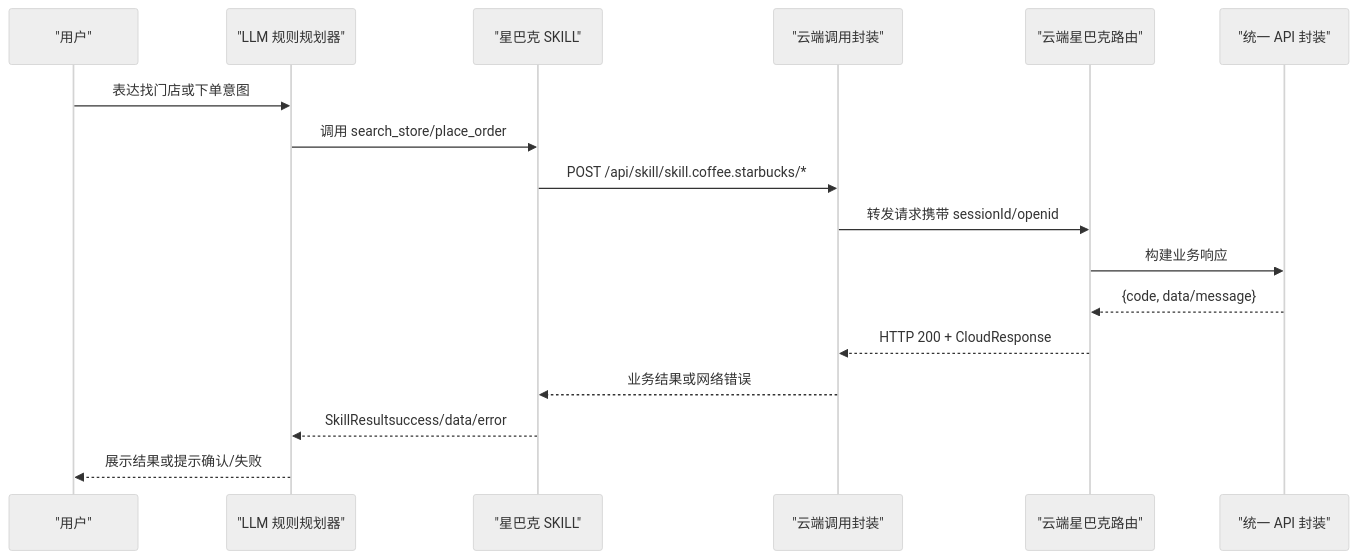
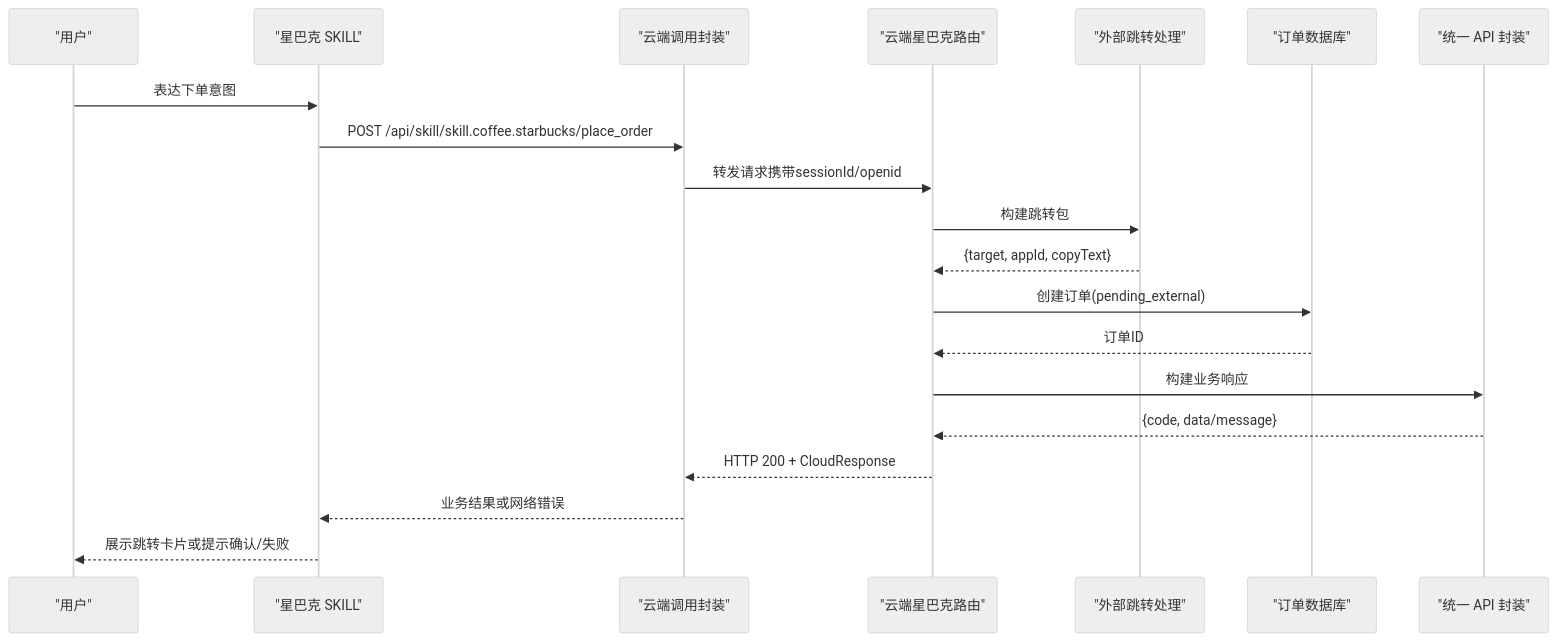
The second of 10 diagrams in .qoder/repowiki/zh/content/云端服务/SKILL服务端点/星巴克咖啡SKILL.md (Ichi-Hackton/WAIC-WeChat-MiniProgram), drawn with Mermaid (neutral theme) before and after one commit. The commit also changed other lines of this file and 26 other files, not shown here.

````diff
--- a/.qoder/repowiki/zh/content/云端服务/SKILL服务端点/星巴克咖啡SKILL.md
+++ b/.qoder/repowiki/zh/content/云端服务/SKILL服务端点/星巴克咖啡SKILL.md
@@ -100,19 +122,22 @@
 ```mermaid
 sequenceDiagram
 participant User as "用户"
-participant Planner as "LLM 规则规划器"
 participant Skill as "星巴克 SKILL"
 participant Cloud as "云端调用封装"
 participant Server as "云端星巴克路由"
+participant External as "外部跳转处理"
+participant DB as "订单数据库"
 participant Resp as "统一 API 封装"
-User->>Planner : 表达找门店或下单意图
-Planner->>Skill : 调用 search_store/place_order
-Skill->>Cloud : POST /api/skill/skill.coffee.starbucks/*
-Cloud->>Server : 转发请求携带 sessionId/openid
+User->>Skill : 表达下单意图
+Skill->>Cloud : POST /api/skill/skill.coffee.starbucks/place_order
+Cloud->>Server : 转发请求携带sessionId/openid
+Server->>External : 构建跳转包
+External-->>Server : {target, appId, copyText}
+Server->>DB : 创建订单(pending_external)
+DB-->>Server : 订单ID
 Server->>Resp : 构建业务响应
 Resp-->>Server : {code, data/message}
 Server-->>Cloud : HTTP 200 + CloudResponse
 Cloud-->>Skill : 业务结果或网络错误
-Skill-->>Planner : SkillResultsuccess/data/error
-Planner-->>User : 展示结果或提示确认/失败
+Skill-->>User : 展示跳转卡片或提示确认/失败
 ```
````
